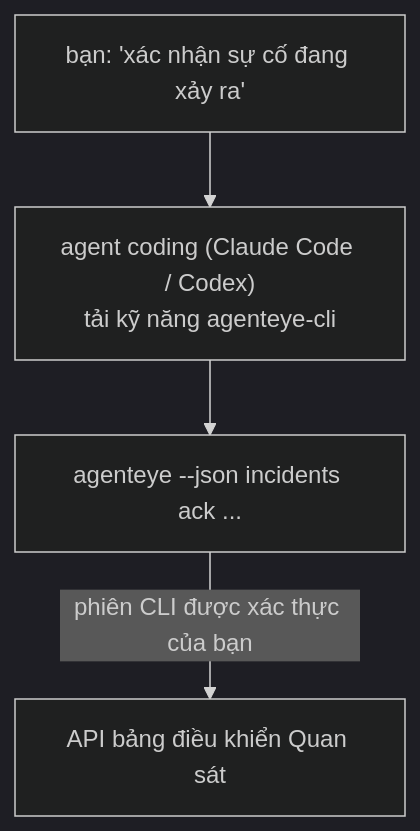
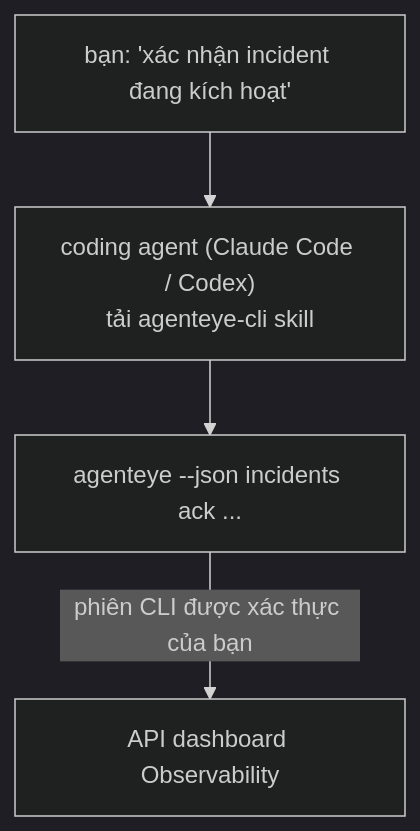
Before and after one commit to FailproofAI/failproofai: the diagram in docs/vi/agenteye/cli-skill.mdx, drawn with Mermaid (dark theme). The commit also changed other lines of this file and 650 other files, not shown here.

````diff
--- a/docs/vi/agenteye/cli-skill.mdx
+++ b/docs/vi/agenteye/cli-skill.mdx
@@ -28,6 +28,6 @@
 ```mermaid
 flowchart TD
-    YOU["bạn: 'xác nhận sự cố đang xảy ra'"] --> AGENT["agent coding (Claude Code / Codex)<br/>tải kỹ năng agenteye-cli"]
+    YOU["bạn: 'xác nhận incident đang kích hoạt'"] --> AGENT["coding agent (Claude Code / Codex)<br/>tải agenteye-cli skill"]
     AGENT --> CLI["agenteye --json incidents ack ..."]
-    CLI -->|phiên CLI được xác thực của bạn| API["API bảng điều khiển Quan sát"]
+    CLI -->|phiên CLI được xác thực của bạn| API["API dashboard Observability"]
 ```
````
